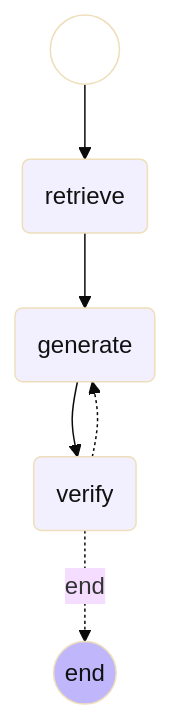
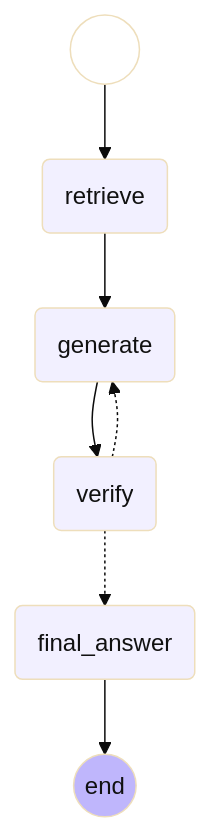
One commit to 100-hours-a-week/KTB4-jimmy-AI changed the diagram in 08/README.md. Above: the diagram before and after it, drawn with Mermaid (base theme). The commit also changed other lines of this file, not shown here.

Commit message:
Update README with final_answer and text improvements
Added final_answer step to workflow and modified Korean text for clarity.

````diff
--- a/08/README.md
+++ b/08/README.md
@@ -4,16 +4,18 @@
 ```mermaid
 graph TD
     S((start)):::first
     retrieve(retrieve)
     generate(generate)
     verify(verify)
+    final_answer(final_answer)
     E((end)):::last
     S --> retrieve
     retrieve --> generate
     generate --> verify
-    verify -. end .-> E
+    verify -.-> final_answer
     verify -.-> generate
+    final_answer --> E
     classDef default fill:#f2f0ff,color:#111,line-height:1.2
     classDef first fill-opacity:0,color:#fff
     classDef last fill:#bfb6fc,color:#111
 ```
````
